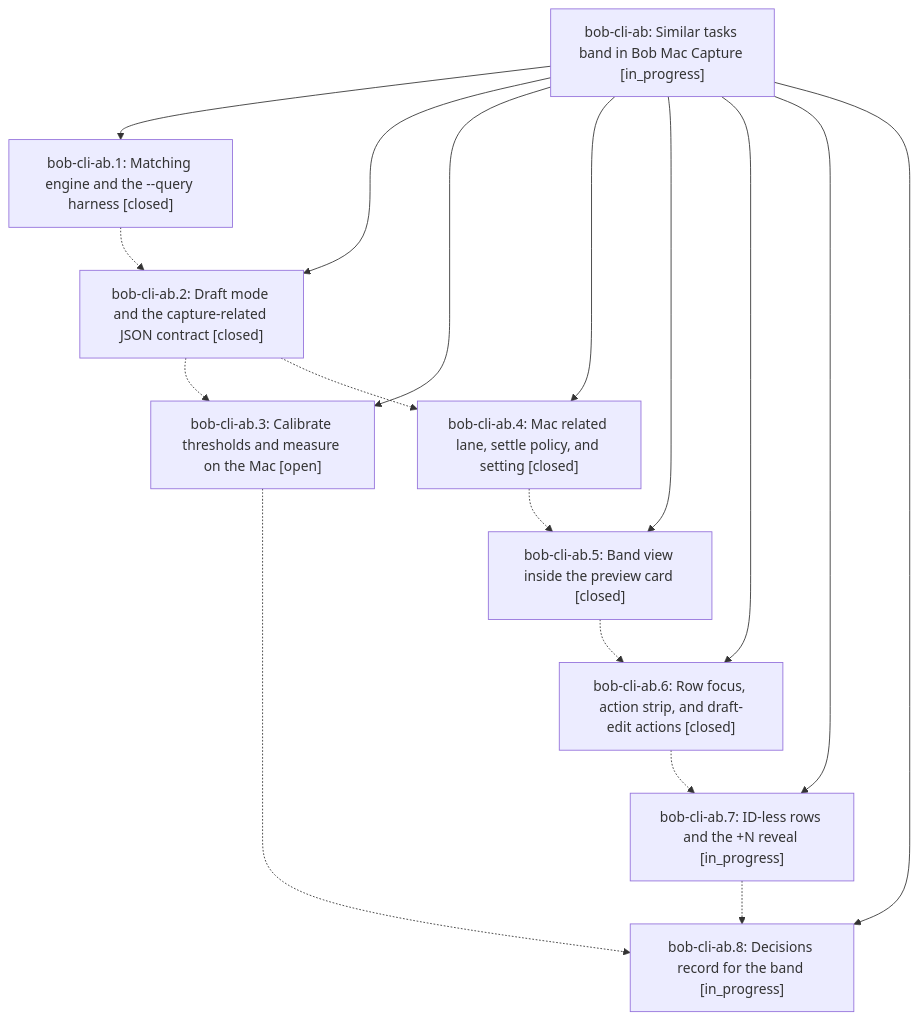
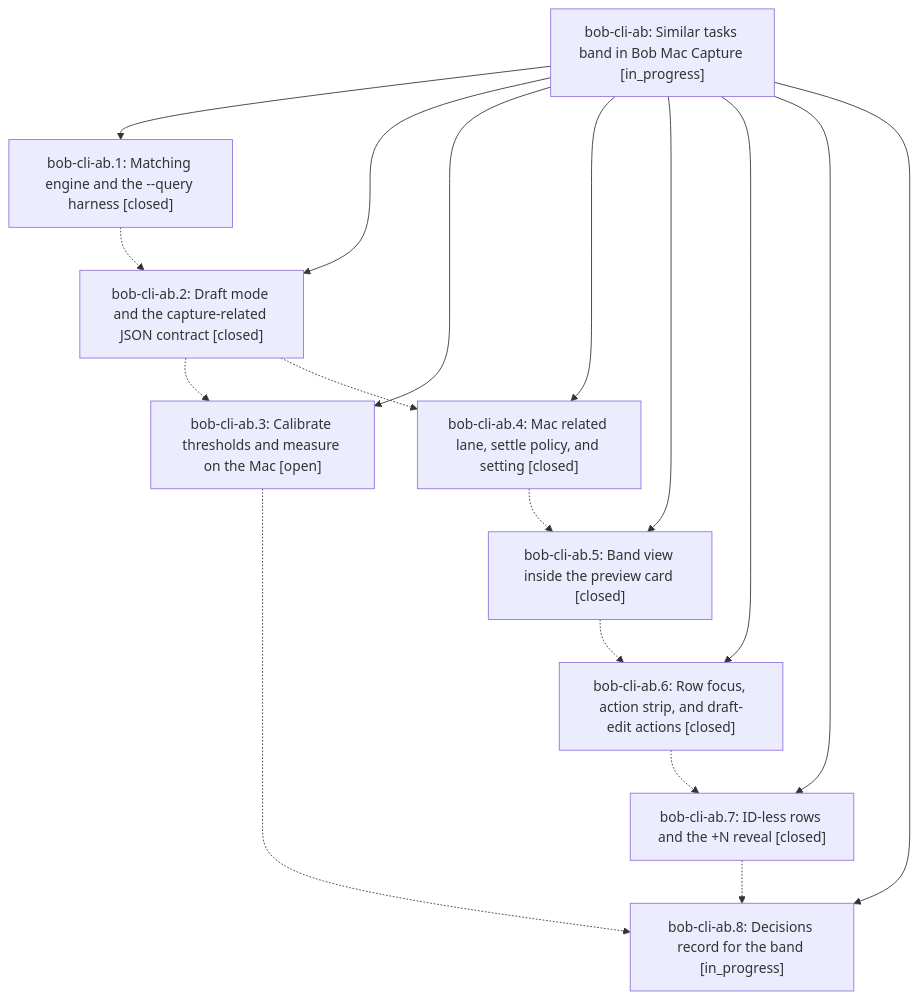
The diagram in pages/bob-cli-ab/README.md (bobs-org/bob-cli--beads), drawn with Mermaid before and after one commit. The commit also changed other lines of this file and 3 other files, not shown here.

First line of the commit message:
chore(beads): sync bead state and pages for bob-cli-ab

````diff
--- a/pages/bob-cli-ab/README.md
+++ b/pages/bob-cli-ab/README.md
@@ -43,28 +43,28 @@
 ```mermaid
 flowchart TD
     n0["bob-cli-ab: Similar tasks band in Bob Mac Capture [in_progress]"]
     n1["bob-cli-ab.1: Matching engine and the --query harness [closed]"]
     n2["bob-cli-ab.2: Draft mode and the capture-related JSON contract [closed]"]
     n3["bob-cli-ab.3: Calibrate thresholds and measure on the Mac [open]"]
     n4["bob-cli-ab.4: Mac related lane, settle policy, and setting [closed]"]
     n5["bob-cli-ab.5: Band view inside the preview card [closed]"]
     n6["bob-cli-ab.6: Row focus, action strip, and draft-edit actions [closed]"]
-    n7["bob-cli-ab.7: ID-less rows and the +N reveal [in_progress]"]
+    n7["bob-cli-ab.7: ID-less rows and the +N reveal [closed]"]
     n8["bob-cli-ab.8: Decisions record for the band [in_progress]"]
     n0 --> n1
     n0 --> n2
     n0 --> n3
     n0 --> n4
     n0 --> n5
     n0 --> n6
     n0 --> n7
     n0 --> n8
     n1 -.-> n2
     n2 -.-> n3
     n2 -.-> n4
     n3 -.-> n8
     n4 -.-> n5
     n5 -.-> n6
     n6 -.-> n7
     n7 -.-> n8
 ```
````
